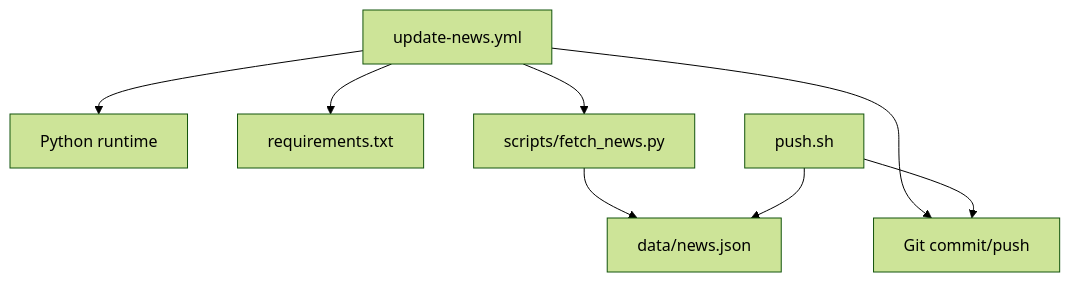
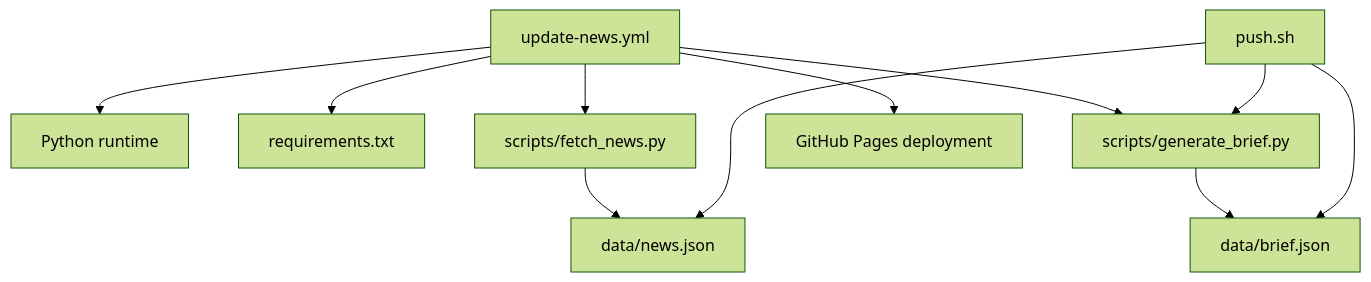
The eighth of 8 diagrams in .qoder/repowiki/en/content/Deployment & Automation.md (junxie01/daily_news), drawn with Mermaid (forest theme) before and after one commit. The commit also changed other lines of this file and 3 other files, not shown here.

````diff
--- a/.qoder/repowiki/en/content/Deployment & Automation.md
+++ b/.qoder/repowiki/en/content/Deployment & Automation.md
@@ -248,10 +332,13 @@
 ```mermaid
 graph TB
 W["update-news.yml"] --> P["Python runtime"]
 W --> R["requirements.txt"]
 W --> F["scripts/fetch_news.py"]
-F --> D["data/news.json"]
-W --> G["Git commit/push"]
+W --> G["scripts/generate_brief.py"]
+F --> DN["data/news.json"]
+G --> DB["data/brief.json"]
+W --> GP["GitHub Pages deployment"]
 S["push.sh"] --> G
-S --> D
+S --> DN
+S --> DB
 ```
````
